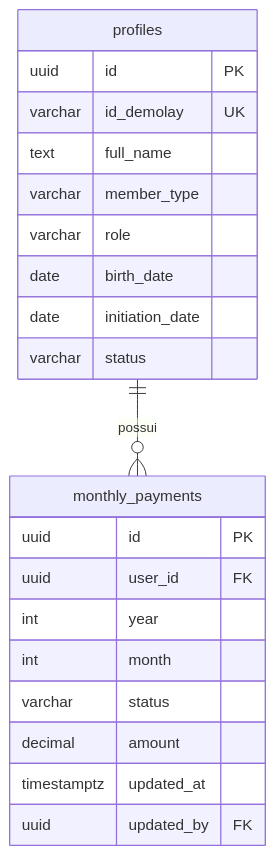
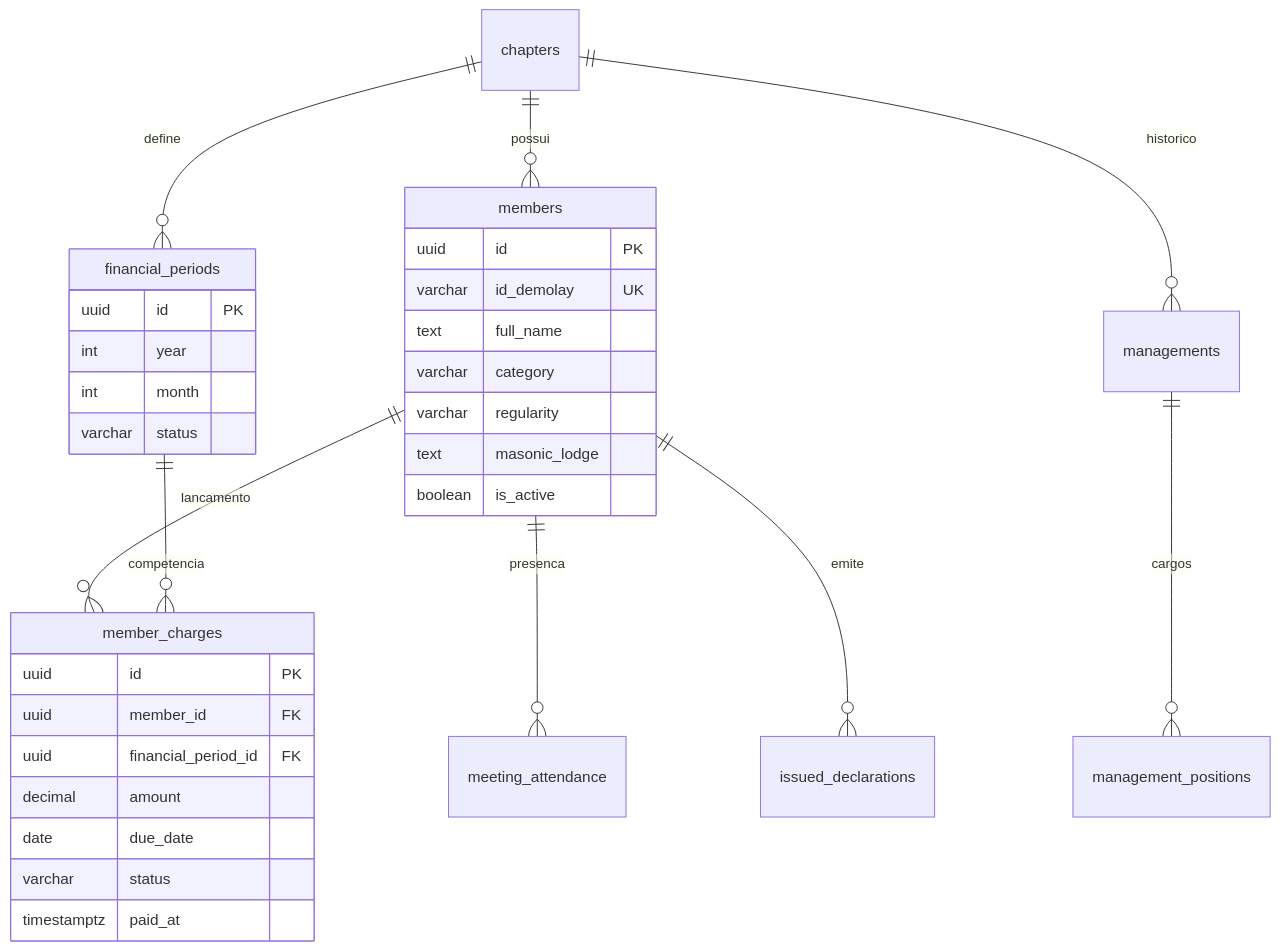
The second of 3 diagrams in README.md (jotamonteiro0/site-cn), drawn with Mermaid before and after one commit. The commit also changed other lines of this file, not shown here.

````diff
--- a/README.md
+++ b/README.md
@@ -308,24 +313,36 @@
 ```mermaid
 erDiagram
-    profiles ||--o{ monthly_payments : possui
-    profiles {
+    chapters ||--o{ members : possui
+    chapters ||--o{ financial_periods : define
+    chapters ||--o{ managements : historico
+    members ||--o{ member_charges : lancamento
+    financial_periods ||--o{ member_charges : competencia
+    members ||--o{ meeting_attendance : presenca
+    managements ||--o{ management_positions : cargos
+    members ||--o{ issued_declarations : emite
+
+    members {
         uuid id PK
         varchar id_demolay UK
         text full_name
-        varchar member_type
-        varchar role
-        date birth_date
-        date initiation_date
+        varchar category
+        varchar regularity
+        text masonic_lodge
+        boolean is_active
+    }
+    member_charges {
+        uuid id PK
+        uuid member_id FK
+        uuid financial_period_id FK
+        decimal amount
+        date due_date
         varchar status
+        timestamptz paid_at
     }
-    monthly_payments {
+    financial_periods {
         uuid id PK
-        uuid user_id FK
         int year
         int month
         varchar status
-        decimal amount
-        timestamptz updated_at
-        uuid updated_by FK
     }
 ```
````
